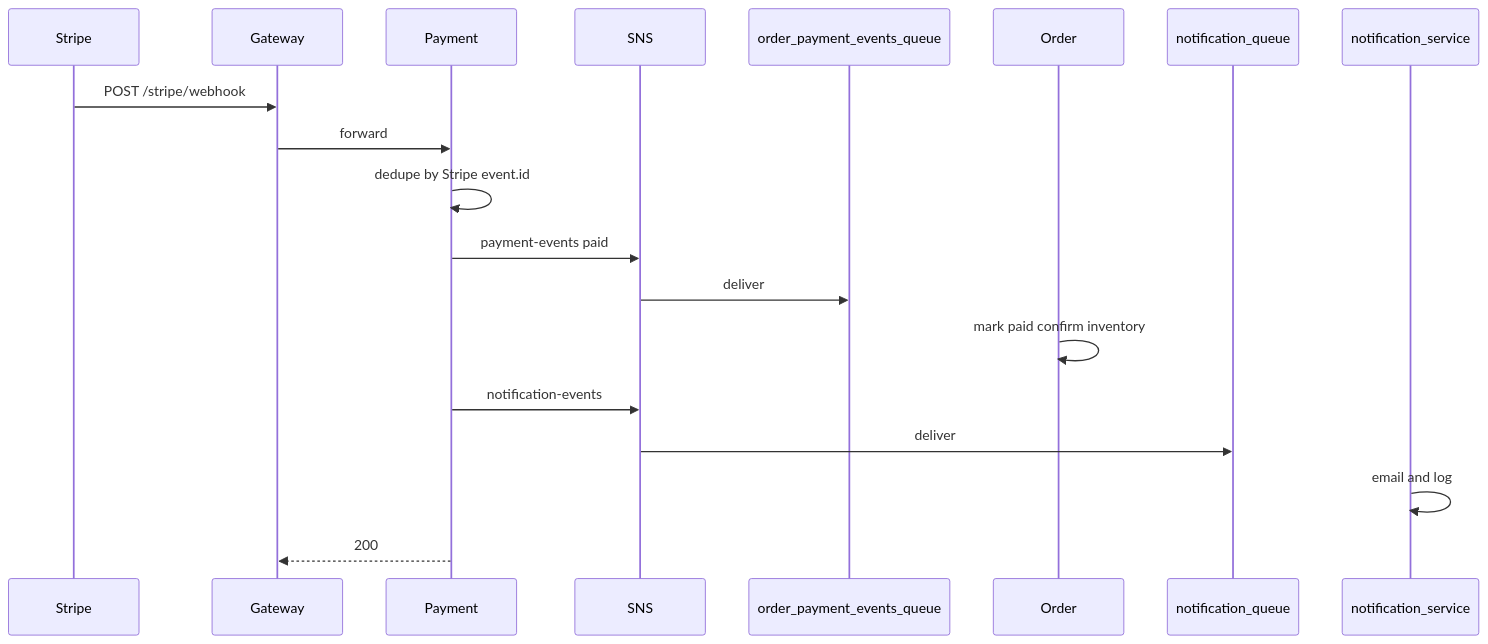
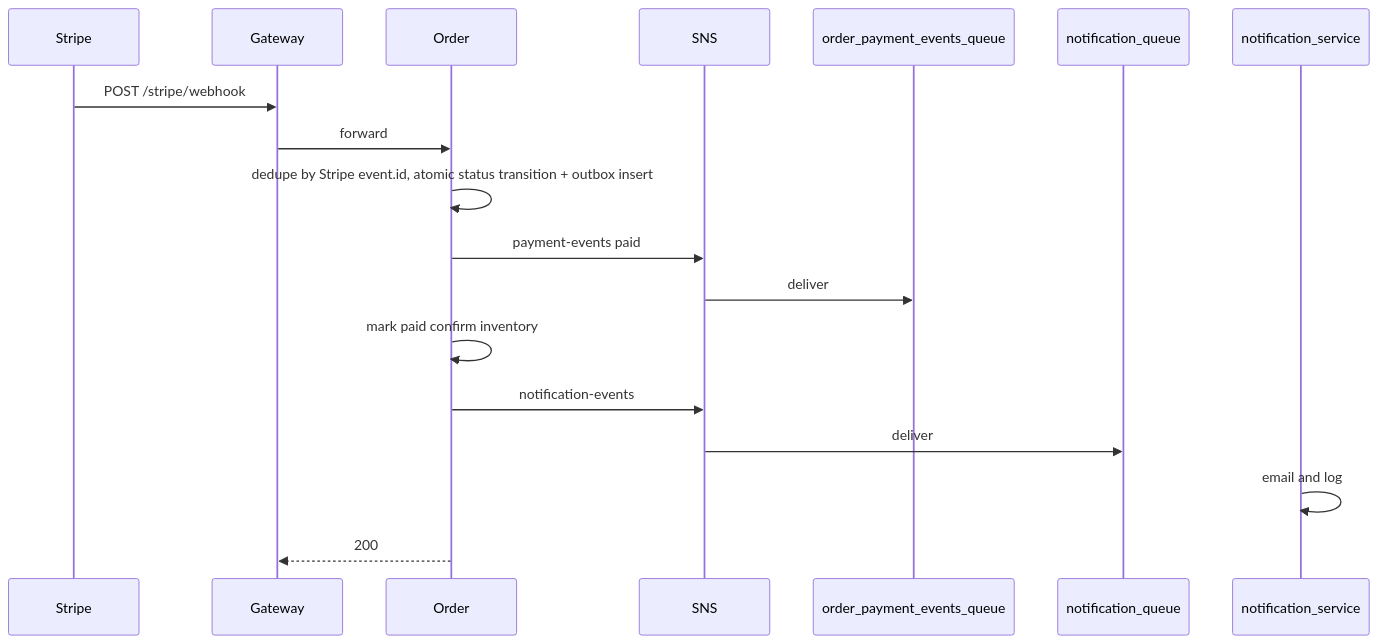
The third of 3 diagrams in backend/docs/architecture.md (yashrajoria/E-Commerce-backend), drawn with Mermaid before and after one commit. The commit also changed other lines of this file and 32 other files, not shown here.

````diff
--- a/backend/docs/architecture.md
+++ b/backend/docs/architecture.md
@@ -138,22 +106,21 @@
 ```mermaid
 sequenceDiagram
   participant Stripe
   participant Gateway
-  participant Payment
+  participant Order
   participant SNS
   participant OrderSQS as order_payment_events_queue
-  participant Order
   participant NotifQ as notification_queue
   participant Notif as notification_service
 
   Stripe->>Gateway: POST /stripe/webhook
-  Gateway->>Payment: forward
-  Payment->>Payment: dedupe by Stripe event.id
-  Payment->>SNS: payment-events paid
+  Gateway->>Order: forward
+  Order->>Order: dedupe by Stripe event.id, atomic status transition + outbox insert
+  Order->>SNS: payment-events paid
   SNS->>OrderSQS: deliver
   Order->>Order: mark paid confirm inventory
-  Payment->>SNS: notification-events
+  Order->>SNS: notification-events
   SNS->>NotifQ: deliver
   Notif->>Notif: email and log
-  Payment-->>Gateway: 200
+  Order-->>Gateway: 200
 ```
````
